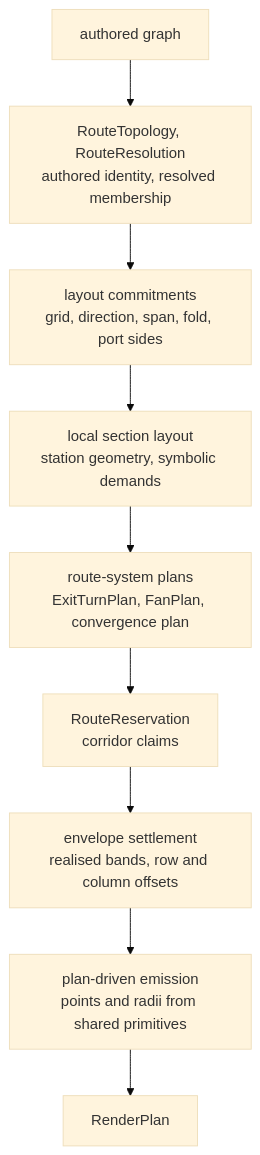
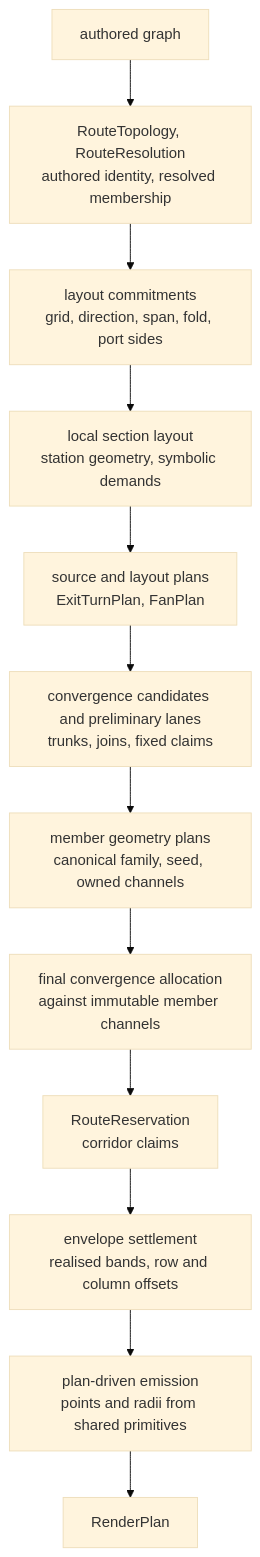
Before and after one commit to pinin4fjords/nf-metro: the first of 3 diagrams in docs/dev/route_plan.mdx, drawn with Mermaid (base theme). The commit also changed other lines of this file and 34 other files, not shown here.

First line of the commit message:
refactor(routing): make route-system emission atomic [skip ci]

````diff
--- a/docs/dev/route_plan.mdx
+++ b/docs/dev/route_plan.mdx
@@ -29,14 +29,17 @@
 ```mermaid
 flowchart TD
     G["authored graph"]
     T["RouteTopology, RouteResolution<br/>authored identity, resolved membership"]
     C["layout commitments<br/>grid, direction, span, fold, port sides"]
     L["local section layout<br/>station geometry, symbolic demands"]
-    P["route-system plans<br/>ExitTurnPlan, FanPlan, convergence plan"]
+    P["source and layout plans<br/>ExitTurnPlan, FanPlan"]
+    V["convergence candidates and preliminary lanes<br/>trunks, joins, fixed claims"]
+    M["member geometry plans<br/>canonical family, seed, owned channels"]
+    A["final convergence allocation<br/>against immutable member channels"]
     R["RouteReservation<br/>corridor claims"]
     S["envelope settlement<br/>realised bands, row and column offsets"]
     E["plan-driven emission<br/>points and radii from shared primitives"]
     D["RenderPlan"]
 
-    G --> T --> C --> L --> P --> R --> S --> E --> D
+    G --> T --> C --> L --> P --> V --> M --> A --> R --> S --> E --> D
 ```
````
